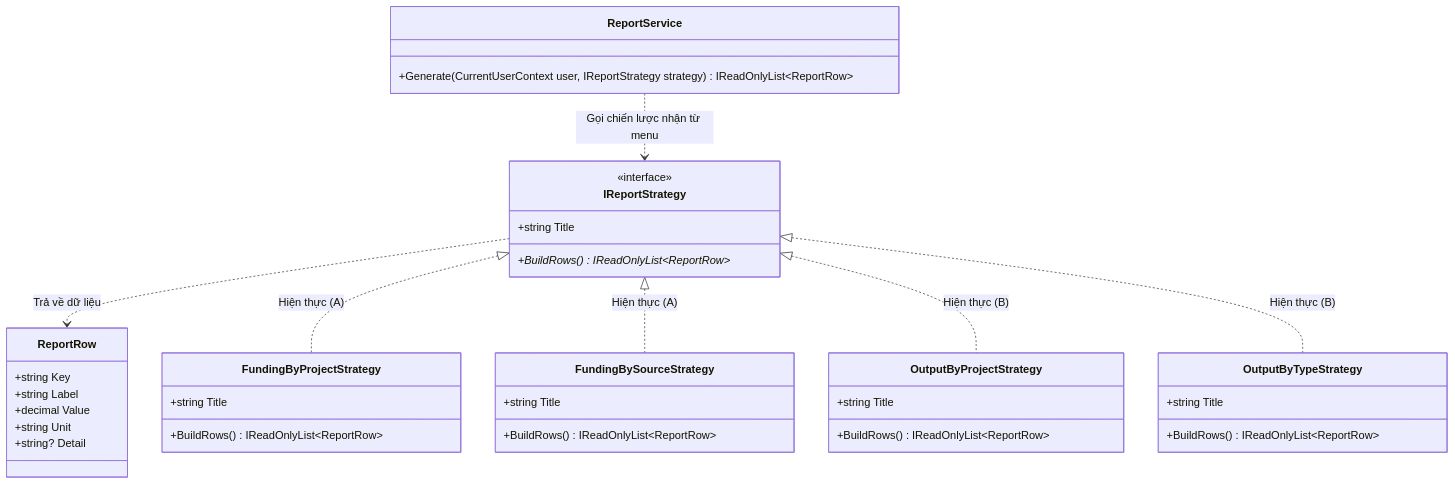
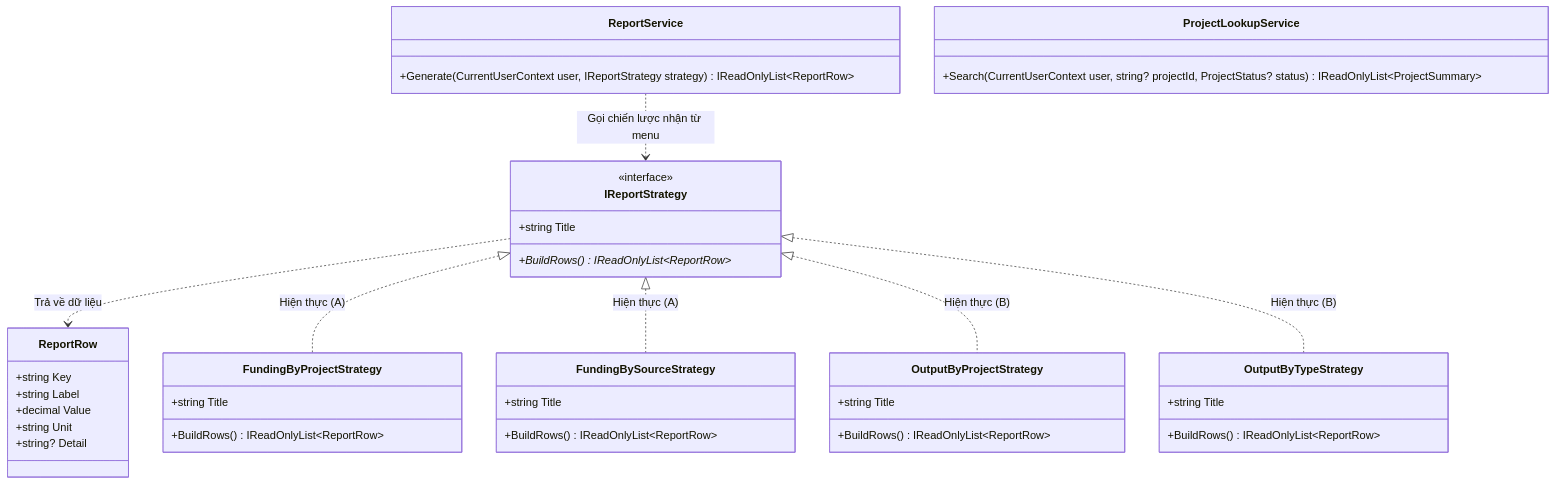
One commit to PKT-zZ/QLNCKH_OOP_FINAL changed the fourth of 10 diagrams in docs/uml.md. Above: the diagram before and after it, drawn with Mermaid. The commit also changed other lines of this file and 5 other files, not shown here.

````diff
--- a/docs/uml.md
+++ b/docs/uml.md
@@ -320,47 +320,51 @@
 ```mermaid
 classDiagram
     class ReportRow {
         +string Key
         +string Label
         +decimal Value
         +string Unit
         +string? Detail
     }
 
     class IReportStrategy {
         <<interface>>
         +string Title
         +BuildRows()* IReadOnlyList~ReportRow~
     }
 
     class FundingByProjectStrategy {
         +string Title
         +BuildRows() IReadOnlyList~ReportRow~
     }
 
     class FundingBySourceStrategy {
         +string Title
         +BuildRows() IReadOnlyList~ReportRow~
     }
 
     class OutputByProjectStrategy {
         +string Title
         +BuildRows() IReadOnlyList~ReportRow~
     }
 
     class OutputByTypeStrategy {
         +string Title
         +BuildRows() IReadOnlyList~ReportRow~
     }
 
     class ReportService {
         +Generate(CurrentUserContext user, IReportStrategy strategy) IReadOnlyList~ReportRow~
     }
 
+    class ProjectLookupService {
+        +Search(CurrentUserContext user, string? projectId, ProjectStatus? status) IReadOnlyList~ProjectSummary~
+    }
+
     ReportService ..> IReportStrategy : Gọi chiến lược nhận từ menu
     IReportStrategy ..> ReportRow : Trả về dữ liệu
     IReportStrategy <|.. FundingByProjectStrategy : Hiện thực (A)
     IReportStrategy <|.. FundingBySourceStrategy : Hiện thực (A)
     IReportStrategy <|.. OutputByProjectStrategy : Hiện thực (B)
     IReportStrategy <|.. OutputByTypeStrategy : Hiện thực (B)
 ```
````
